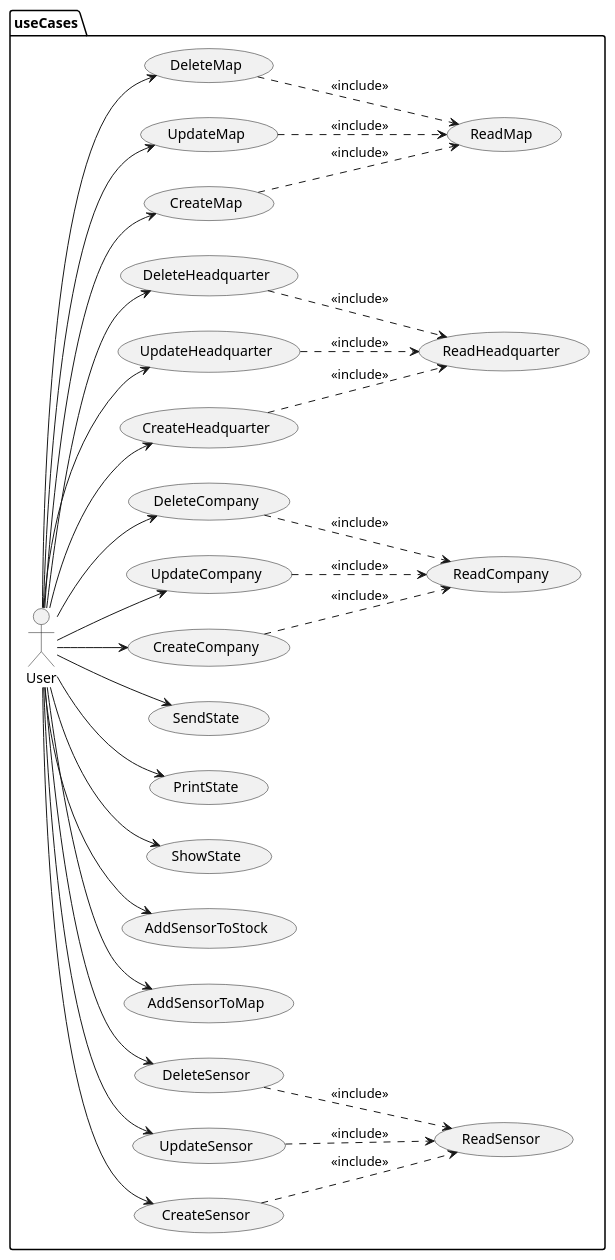
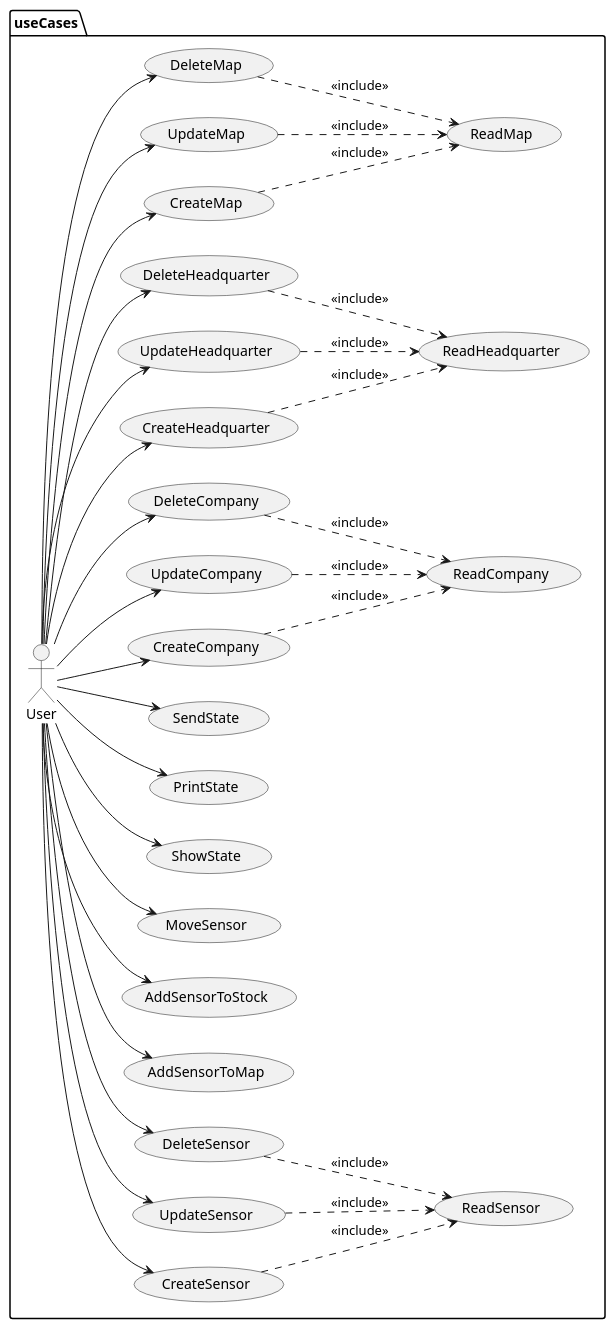
The diagram in docs/src/useCaseView/useCases/useCases.puml (jumpering/pestmonitors), drawn with PlantUML before and after one commit. The commit also changed 3 other files, not shown here.

```diff
--- a/docs/src/useCaseView/useCases/useCases.puml
+++ b/docs/src/useCaseView/useCases/useCases.puml
@@ -1,68 +1,71 @@
 @startuml
 allowmixing
 namespace useCases{
 left to right direction
 actor User
 
 usecase CreateSensor
 usecase ReadSensor
 usecase UpdateSensor
 usecase DeleteSensor
 usecase AddSensorToMap
 usecase AddSensorToStock
+usecase MoveSensor
 
 usecase ShowState
 usecase PrintState
 usecase SendState
 
 usecase CreateCompany
 usecase ReadCompany
 usecase UpdateCompany
 usecase DeleteCompany
 
 usecase CreateHeadquarter
 usecase ReadHeadquarter
 usecase UpdateHeadquarter
 usecase DeleteHeadquarter
 
 usecase CreateMap
 usecase ReadMap
 usecase UpdateMap
 usecase DeleteMap
 
 User --> CreateSensor
 CreateSensor ..> ReadSensor  : "<<include>>"
 User --> UpdateSensor
 UpdateSensor ..> ReadSensor  : "<<include>>"
 User --> DeleteSensor
 DeleteSensor ..> ReadSensor  : "<<include>>"
 
 User --> AddSensorToMap
 User --> AddSensorToStock
 
+User --> MoveSensor
+
 User --> CreateCompany
 CreateCompany ..> ReadCompany : "<<include>>"
 User --> UpdateCompany
 UpdateCompany ..> ReadCompany : "<<include>>"
 User --> DeleteCompany
 DeleteCompany ..> ReadCompany : "<<include>>"
 
 User --> CreateHeadquarter
 CreateHeadquarter ..> ReadHeadquarter : "<<include>>"
 User --> UpdateHeadquarter
 UpdateHeadquarter ..> ReadHeadquarter : "<<include>>"
 User --> DeleteHeadquarter
 DeleteHeadquarter ..> ReadHeadquarter : "<<include>>"
 
 User --> CreateMap
 CreateMap  ..> ReadMap : "<<include>>"
 User --> UpdateMap
 UpdateMap  ..> ReadMap : "<<include>>"
 User --> DeleteMap
 DeleteMap  ..> ReadMap : "<<include>>"
 
 User --> ShowState
 User --> PrintState
 User --> SendState
 }
 @enduml
```
